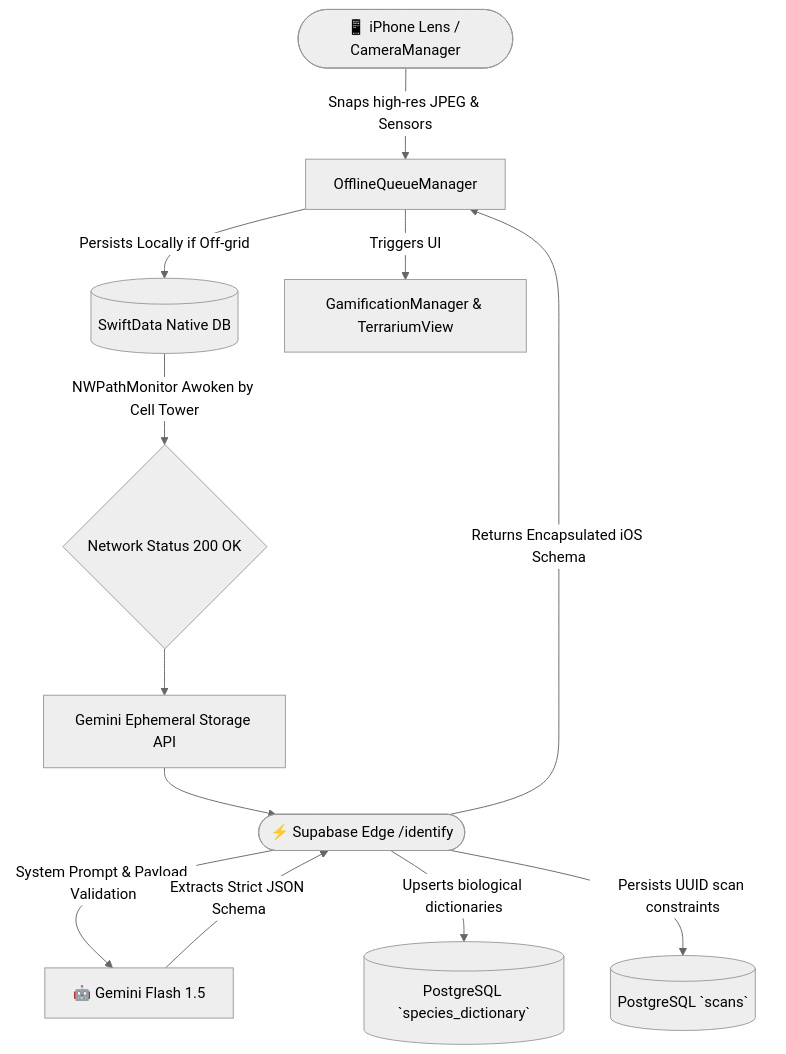
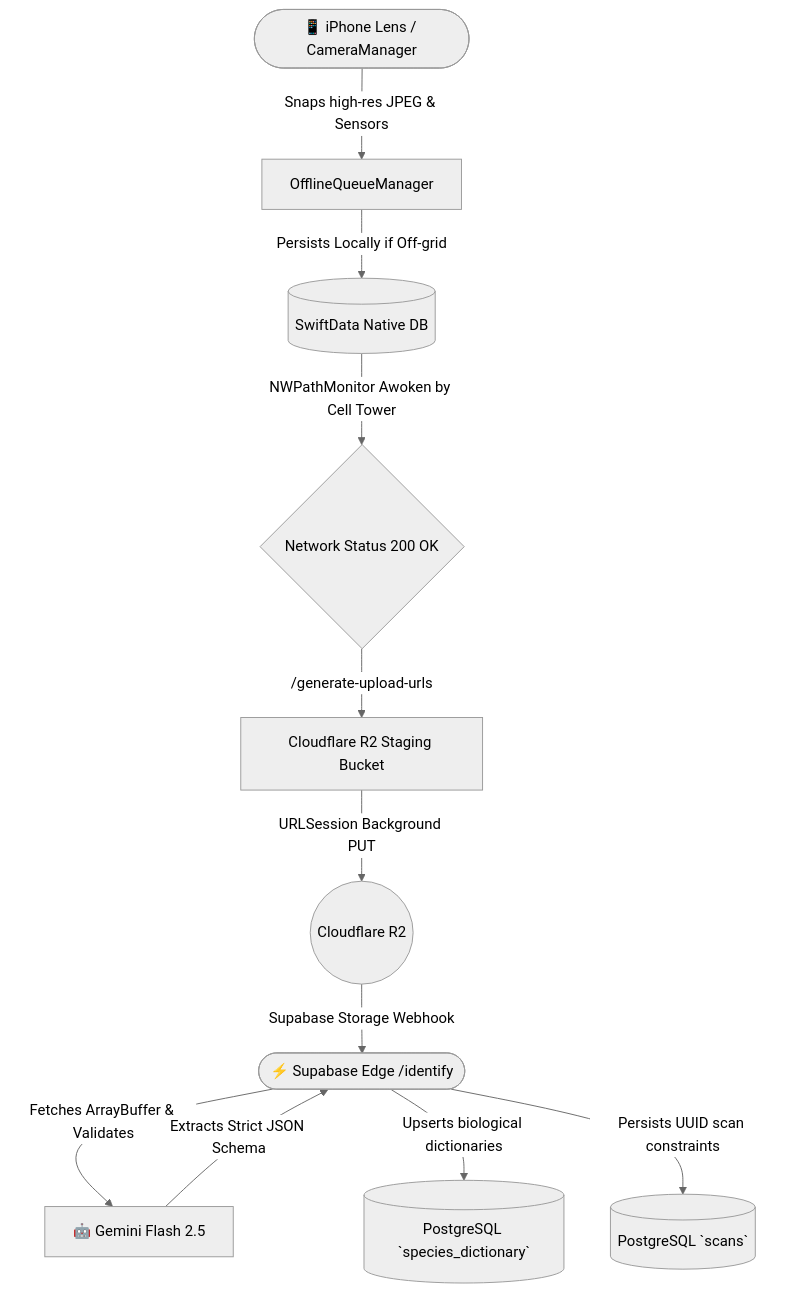
Before and after one commit to emreerdener/merian: the diagram in docs/01-System-Architecture.md, drawn with Mermaid (neutral theme). The commit also changed other lines of this file and 29 other files, not shown here.

````diff
--- a/docs/01-System-Architecture.md
+++ b/docs/01-System-Architecture.md
@@ -7,18 +7,16 @@
 ```mermaid
 flowchart TD
     A([📱 iPhone Lens / CameraManager]) -->|Snaps high-res JPEG & Sensors| B[OfflineQueueManager]
     B -->|Persists Locally if Off-grid| C[(SwiftData Native DB)]
     C -->|NWPathMonitor Awoken by Cell Tower| D{Network Status 200 OK}
 
-    D --> E[Gemini Ephemeral Storage API]
-    E --> F([⚡️ Supabase Edge /identify])
+    D -->|/generate-upload-urls| E[Cloudflare R2 Staging Bucket]
+    E -->|URLSession Background PUT| F((Cloudflare R2))
+    F -->|Supabase Storage Webhook| G([⚡️ Supabase Edge /identify])
 
-    F -->|System Prompt & Payload Validation| G[🤖 Gemini Flash 1.5]
-    G -->|Extracts Strict JSON Schema| F
+    G -->|Fetches ArrayBuffer & Validates| H[🤖 Gemini Flash 2.5]
+    H -->|Extracts Strict JSON Schema| G
 
-    F -->|Upserts biological dictionaries| H[(PostgreSQL `species_dictionary`)]
-    F -->|Persists UUID scan constraints| I[(PostgreSQL `scans`)]
-
-    F -->|Returns Encapsulated iOS Schema| B
-    B -->|Triggers UI| J[GamificationManager & TerrariumView]
+    G -->|Upserts biological dictionaries| I[(PostgreSQL `species_dictionary`)]
+    G -->|Persists UUID scan constraints| J[(PostgreSQL `scans`)]
 ```
````
